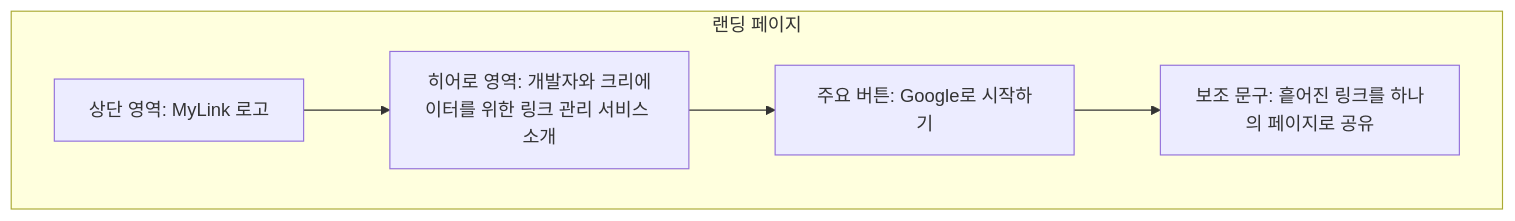
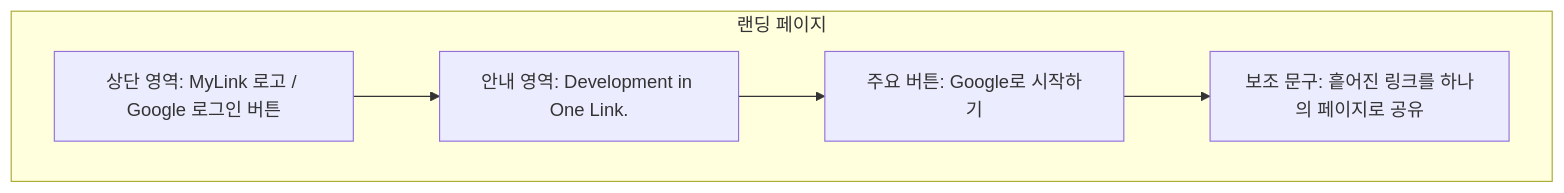
One commit to olivesch/my-link changed the second of 13 diagrams in docs/Wireframe.md. Above: the diagram before and after it, drawn with Mermaid. The commit also changed other lines of this file and 25 other files, not shown here.

````diff
--- a/docs/Wireframe.md
+++ b/docs/Wireframe.md
@@ -39,13 +47,13 @@
 ```mermaid
 flowchart TB
   subgraph Page["랜딩 페이지"]
-    Header["상단 영역: MyLink 로고"]
-    Hero["히어로 영역: 개발자와 크리에이터를 위한 링크 관리 서비스 소개"]
+    Header["상단 영역: MyLink 로고 / Google 로그인 버튼"]
+    Hero["안내 영역: Development in One Link."]
     CTA["주요 버튼: Google로 시작하기"]
     Note["보조 문구: 흩어진 링크를 하나의 페이지로 공유"]
   end
 
   Header --> Hero
   Hero --> CTA
   CTA --> Note
 ```
````
